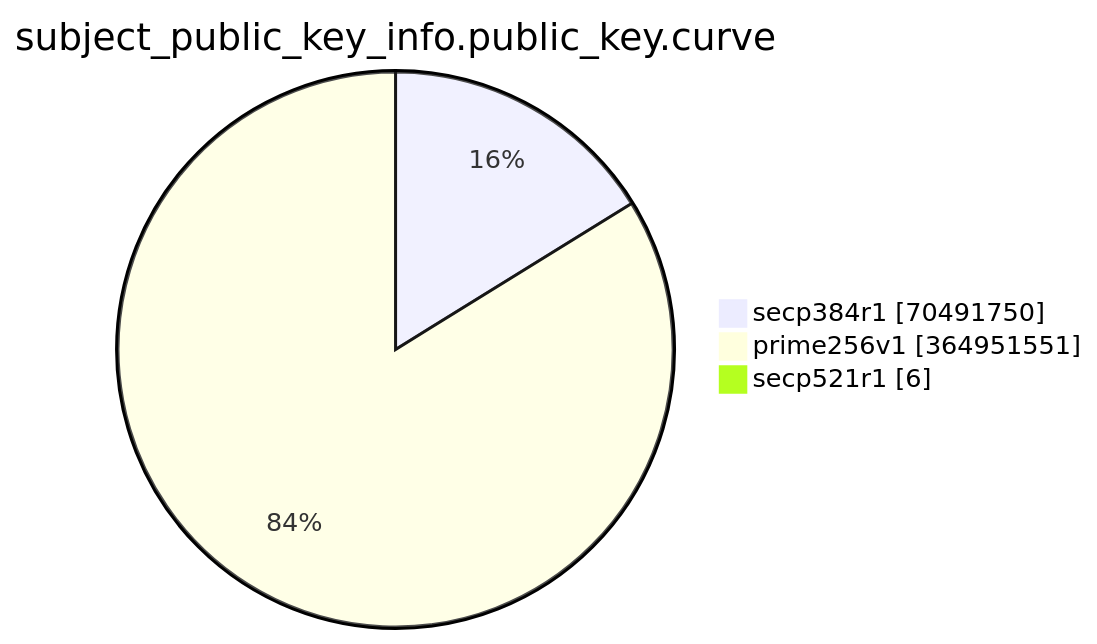
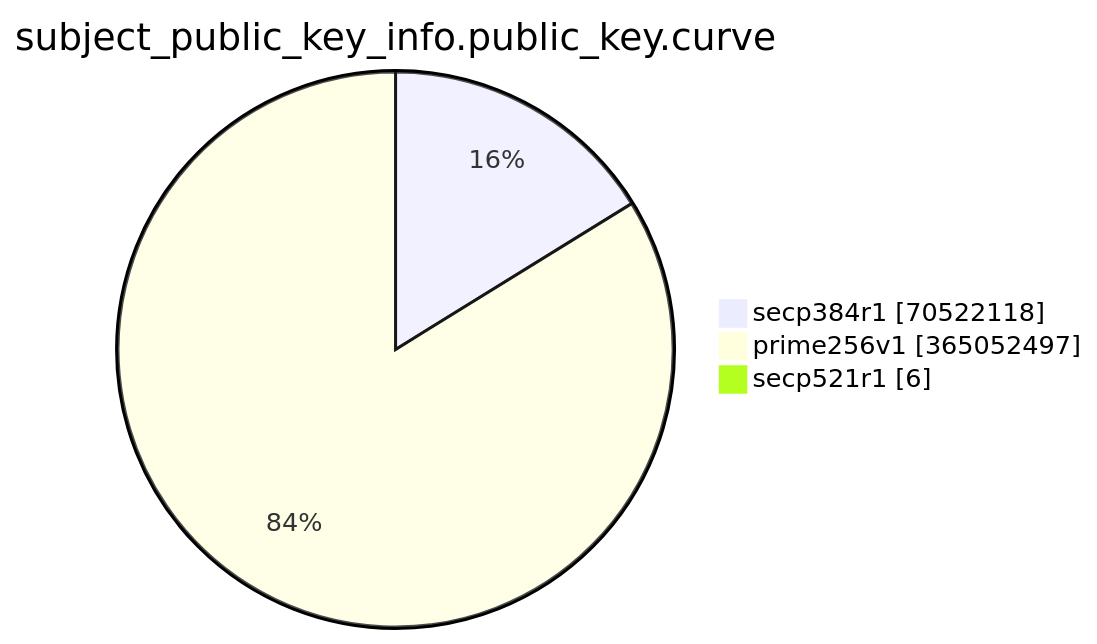
The eighth of 15 diagrams in TOTAL/README.md (christiankrug/ctmonitor_visualization), drawn with Mermaid before and after one commit. The commit also changed other lines of this file, not shown here.

````diff
--- a/TOTAL/README.md
+++ b/TOTAL/README.md
@@ -3092,7 +3092,7 @@
 ```mermaid
 pie showData
 title subject_public_key_info.public_key.curve
-"secp384r1" :70491750
-"prime256v1" :364951551
+"secp384r1" :70522118
+"prime256v1" :365052497
 "secp521r1" :6
 ```
````
